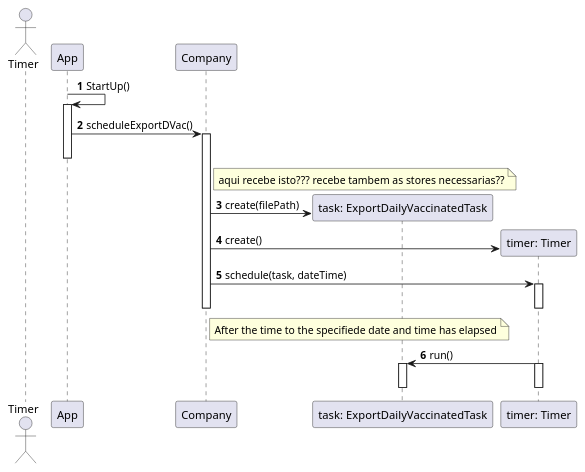
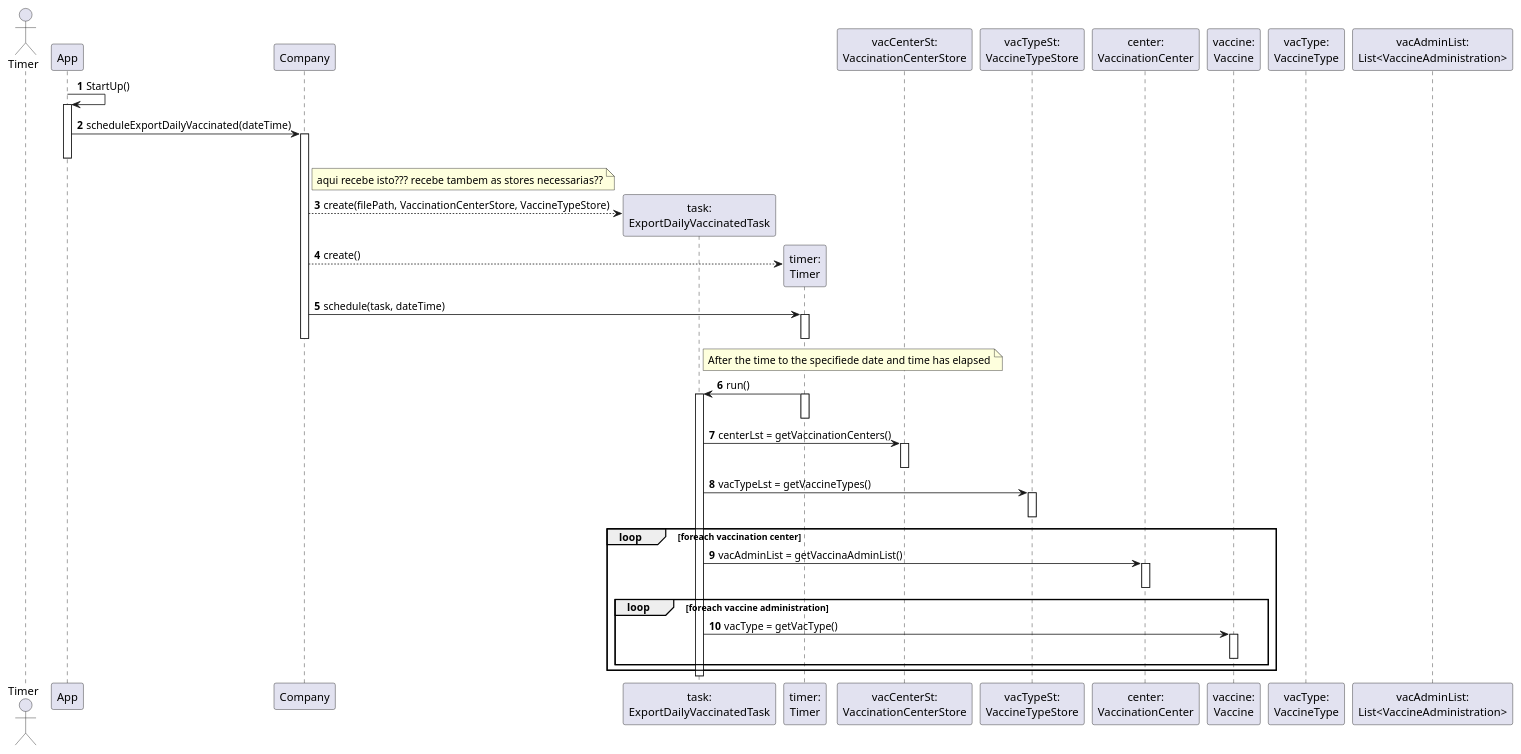
The diagram in docs/SprintD/US06/SD/US06_SD.puml (miseEnPlace-i/lapr2), drawn with PlantUML before and after one commit.

Commit message:
docs: feat task SD

```diff
--- a/docs/SprintD/US06/SD/US06_SD.puml
+++ b/docs/SprintD/US06/SD/US06_SD.puml
@@ -1,45 +1,71 @@
 @startuml
 autonumber
 'hide footbox
 actor "Timer" as ACTOR
 
 participant "App" as APP
 participant "Company" as COMP
-participant "task: ExportDailyVaccinatedTask" as TASK
-participant "timer: Timer" as TIMER
+participant "task:\nExportDailyVaccinatedTask" as TASK
+participant "timer:\nTimer" as TIMER
+participant "vacCenterSt:\nVaccinationCenterStore" as VCST
+participant "vacTypeSt:\nVaccineTypeStore" as VTST
+participant "center:\nVaccinationCenter" as CENTER
+participant "vaccine:\nVaccine" as VAC
+participant "vacType:\nVaccineType" as VACTYPE
+participant "vacAdminList:\nList<VaccineAdministration>" as VALST
 
 
 
 APP -> APP : StartUp()
 activate APP
-    APP -> COMP : scheduleExportDVac()
+    APP -> COMP : scheduleExportDailyVaccinated(dateTime)
     activate COMP
-deactivate APP
+
+    deactivate APP
 
         note right of COMP
             aqui recebe isto??? recebe tambem as stores necessarias??
         end note 
-        COMP -> TASK ** : create(filePath)
+        COMP --> TASK ** : create(filePath, VaccinationCenterStore, VaccineTypeStore)
 
-        COMP -> TIMER ** : create()
+        COMP --> TIMER ** : create()
 
         COMP -> TIMER : schedule(task, dateTime)
         activate TIMER
         deactivate TIMER
 
-        note right of COMP
+        note right TASK 
             After the time to the specifiede date and time has elapsed
         end note 
         
     deactivate COMP
 
         TIMER -> TASK : run()
         activate TIMER
         deactivate TIMER
         activate TASK
+            TASK -> VCST : centerLst = getVaccinationCenters()
+            activate VCST
+            deactivate VCST
+
+            TASK -> VTST : vacTypeLst = getVaccineTypes()
+            activate VTST
+            deactivate VTST
+
+            loop foreach vaccination center
+                TASK -> CENTER : vacAdminList = getVaccinaAdminList()
+                activate CENTER
+                deactivate CENTER
+
+                loop foreach vaccine administration
+                    TASK -> VAC : vacType = getVacType()
+                    activate VAC
+                    deactivate VAC
+                end
+            end
         deactivate TASK
 
 
 
 
 @enduml 
```
